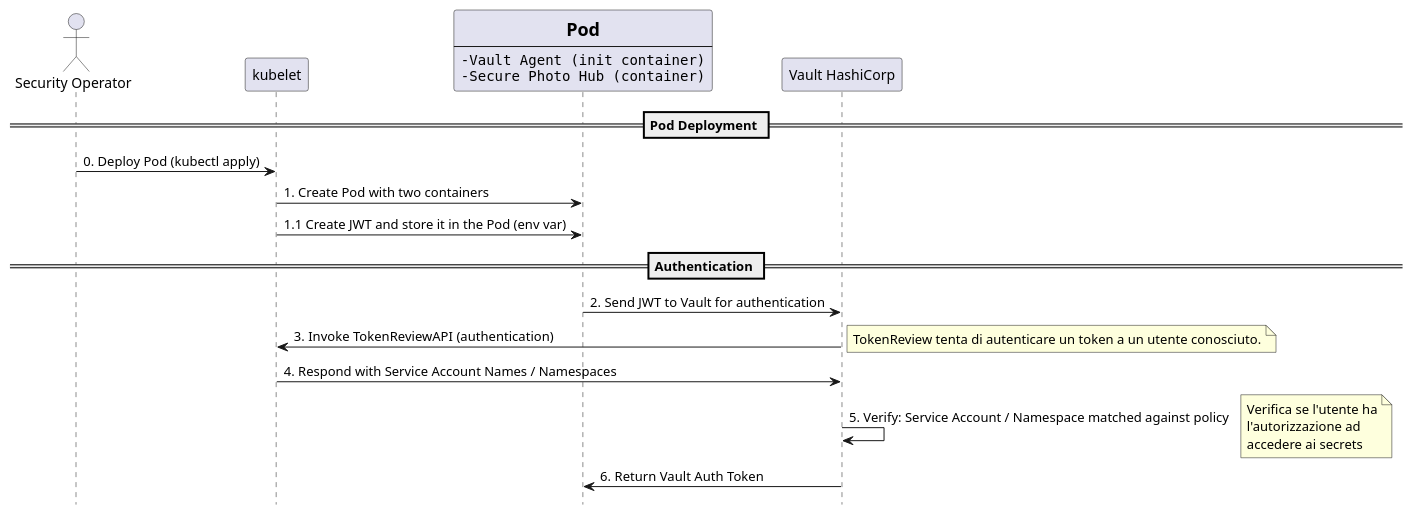
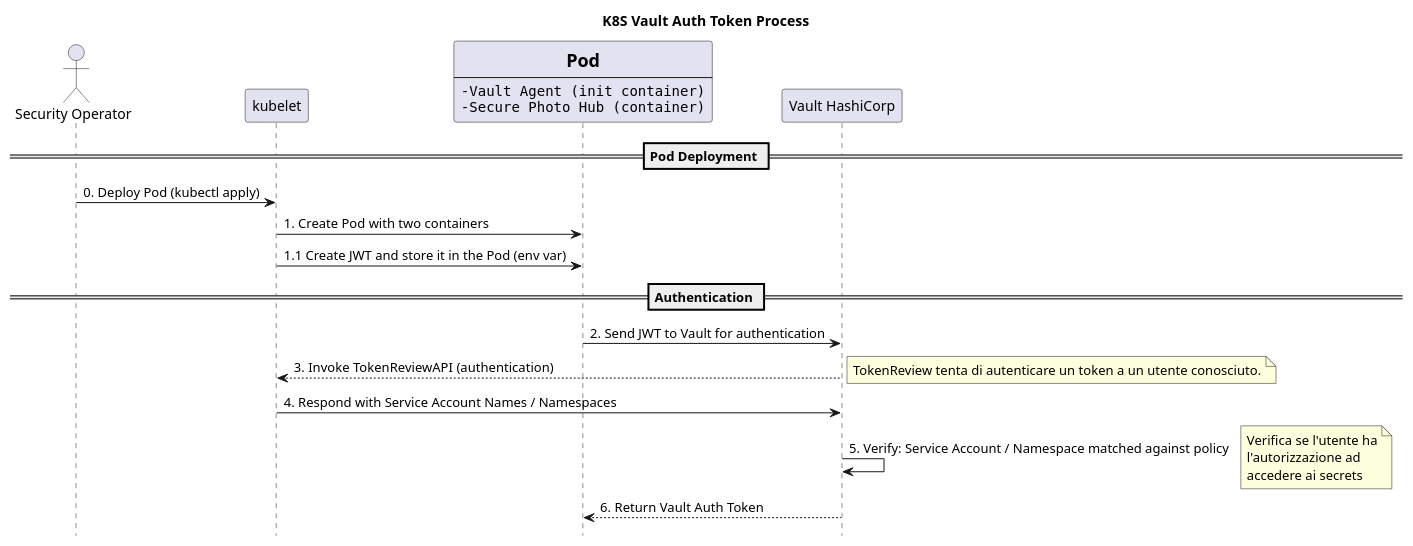
Before and after one commit to vtramo/secure-photo-hub: the diagram in plantuml/vault/2-kubernetes-vault-auth-token-process.puml, drawn with PlantUML. The commit also changed 7 other files, not shown here.

Commit message:
docs: add bearer token authentication sequence diagram

```diff
--- a/plantuml/vault/2-kubernetes-vault-auth-token-process.puml
+++ b/plantuml/vault/2-kubernetes-vault-auth-token-process.puml
@@ -1,34 +1,35 @@
 @startuml
 hide footbox
+title K8S Vault Auth Token Process
 
 actor "Security Operator" as SecurityOperator
 participant "kubelet" as Kubelet
 participant Pod [
   =Pod
   ----
   ""-Vault Agent (init container)""
   ""-Secure Photo Hub (container)""
 ]
 participant "Vault HashiCorp" as Vault
 
 
 == Pod Deployment ==
 SecurityOperator -> Kubelet: 0. Deploy Pod (kubectl apply)
 Kubelet -> Pod: 1. Create Pod with two containers
 Kubelet -> Pod: 1.1 Create JWT and store it in the Pod (env var)
 
 == Authentication ==
 Pod -> Vault: 2. Send JWT to Vault for authentication
-Vault -> Kubelet: 3. Invoke TokenReviewAPI (authentication)
+Vault --> Kubelet: 3. Invoke TokenReviewAPI (authentication)
 note right: TokenReview tenta di autenticare un token a un utente conosciuto.
 Kubelet -> Vault: 4. Respond with Service Account Names / Namespaces
 Vault -> Vault: 5. Verify: Service Account / Namespace matched against policy
 note right
 Verifica se l'utente ha
 l'autorizzazione ad
 accedere ai secrets
 end note
 
-Vault -> Pod: 6. Return Vault Auth Token
+Vault --> Pod: 6. Return Vault Auth Token
 
 @enduml
```
